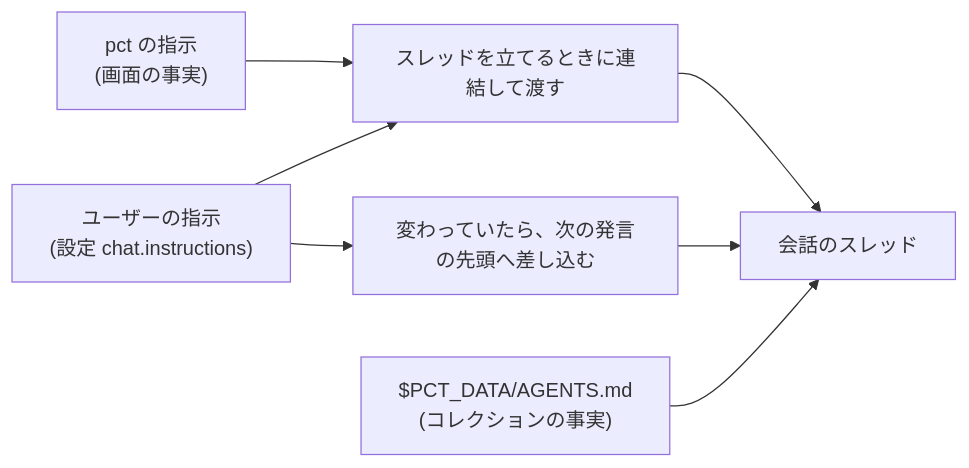
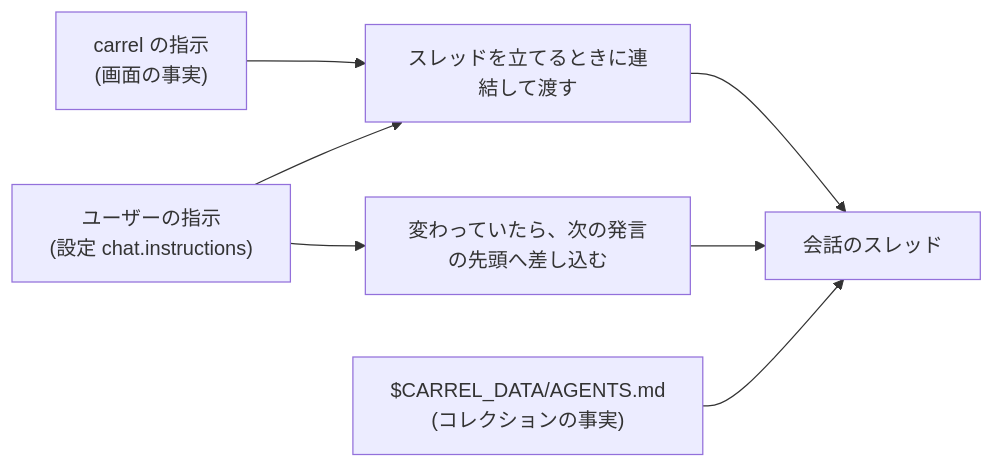
One commit to MatchaChoco010/carrel changed the diagram in docs/design/0014_chat_instructions.md. Above: the diagram before and after it, drawn with Mermaid. The commit also changed other lines of this file and 103 other files, not shown here.

````diff
--- a/docs/design/0014_chat_instructions.md
+++ b/docs/design/0014_chat_instructions.md
@@ -55,9 +55,9 @@
 ```mermaid
 flowchart LR
-  A["pct の指示<br/>(画面の事実)"] --> C["スレッドを立てるときに連結して渡す"]
+  A["carrel の指示<br/>(画面の事実)"] --> C["スレッドを立てるときに連結して渡す"]
   B["ユーザーの指示<br/>(設定 chat.instructions)"] --> C
   B --> F["変わっていたら、次の発言の先頭へ差し込む"]
   C --> D["会話のスレッド"]
   F --> D
-  E["$PCT_DATA/AGENTS.md<br/>(コレクションの事実)"] --> D
+  E["$CARREL_DATA/AGENTS.md<br/>(コレクションの事実)"] --> D
 ```
````
